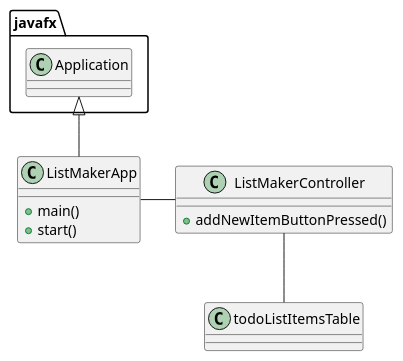
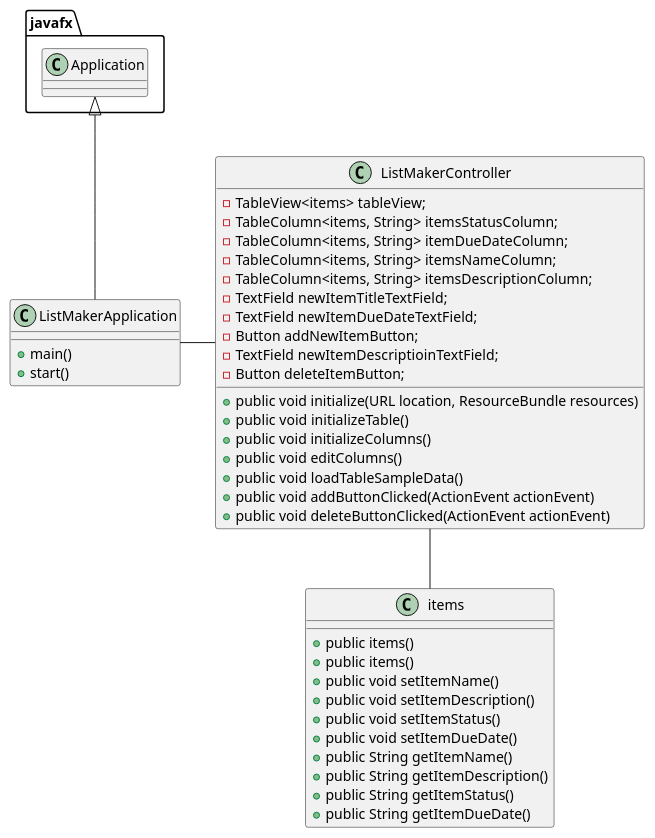
One commit to Ivedent-Lloyd-III/lloyd-cop3330-assignment4part2 changed the diagram in src/main/uml/todoList.puml. Above: the diagram before and after it, drawn with PlantUML.

```diff
--- a/src/main/uml/todoList.puml
+++ b/src/main/uml/todoList.puml
@@ -1,21 +1,50 @@
 @startuml
 'https://plantuml.com/class-diagram
 
-class ListMakerApp {
+class ListMakerApplication{
     +main()
     +start()
 }
 
 class ListMakerController {
-    +addNewItemButtonPressed()
+
+        - TableView<items> tableView;
+        - TableColumn<items, String> itemsStatusColumn;
+        - TableColumn<items, String> itemDueDateColumn;
+        - TableColumn<items, String> itemsNameColumn;
+        - TableColumn<items, String> itemsDescriptionColumn;
+        - TextField newItemTitleTextField;
+        - TextField newItemDueDateTextField;
+        - Button addNewItemButton;
+        - TextField newItemDescriptioinTextField;
+        - Button deleteItemButton;
+
+        +public void initialize(URL location, ResourceBundle resources)
+        +public void initializeTable()
+        +public void initializeColumns()
+        +public void editColumns()
+        +public void loadTableSampleData()
+        +public void addButtonClicked(ActionEvent actionEvent)
+        +public void deleteButtonClicked(ActionEvent actionEvent)
 }
 
-class todoListItemsTable {
+class items {
+
++ public items()
++ public items()
++ public void setItemName()
++ public void setItemDescription()
++ public void setItemStatus()
++ public void setItemDueDate()
++ public String getItemName()
++ public String getItemDescription()
++ public String getItemStatus()
++ public String getItemDueDate()
 
 }
 
-ListMakerApp - ListMakerController
-ListMakerController -- todoListItemsTable
-javafx.Application <|-- ListMakerApp
+ListMakerApplication - ListMakerController
+ListMakerController -- items
+javafx.Application <|-- ListMakerApplication
 
 @enduml
```
